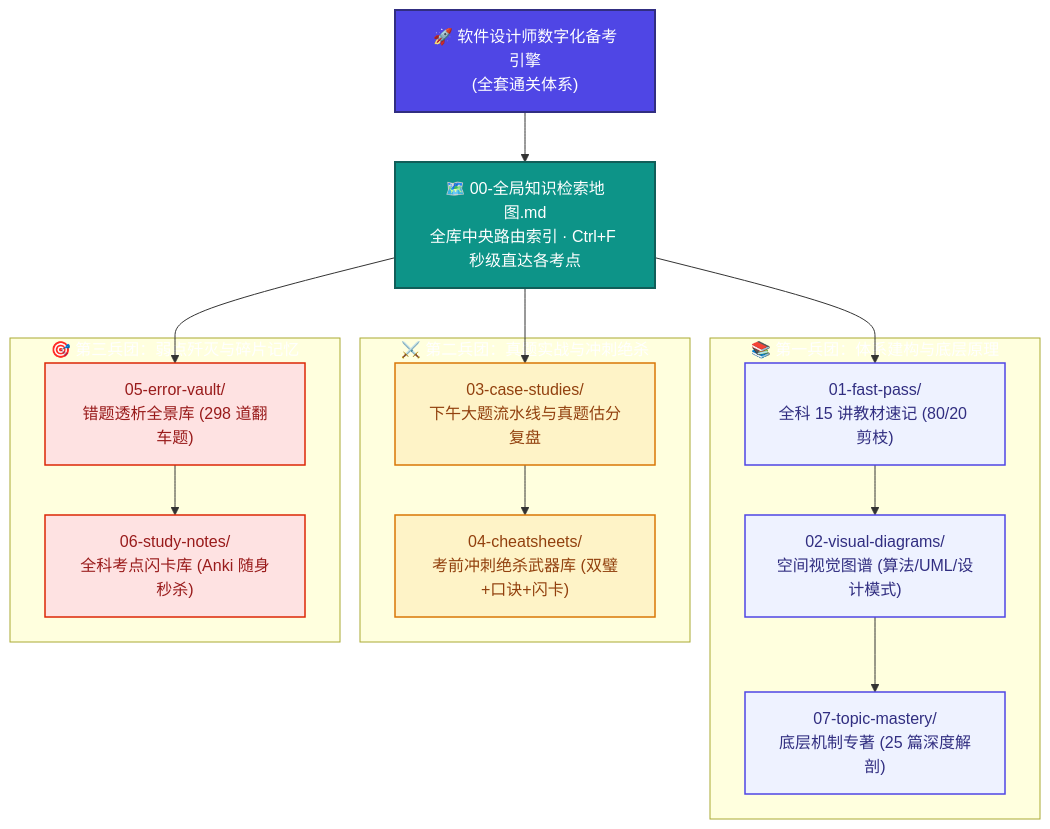
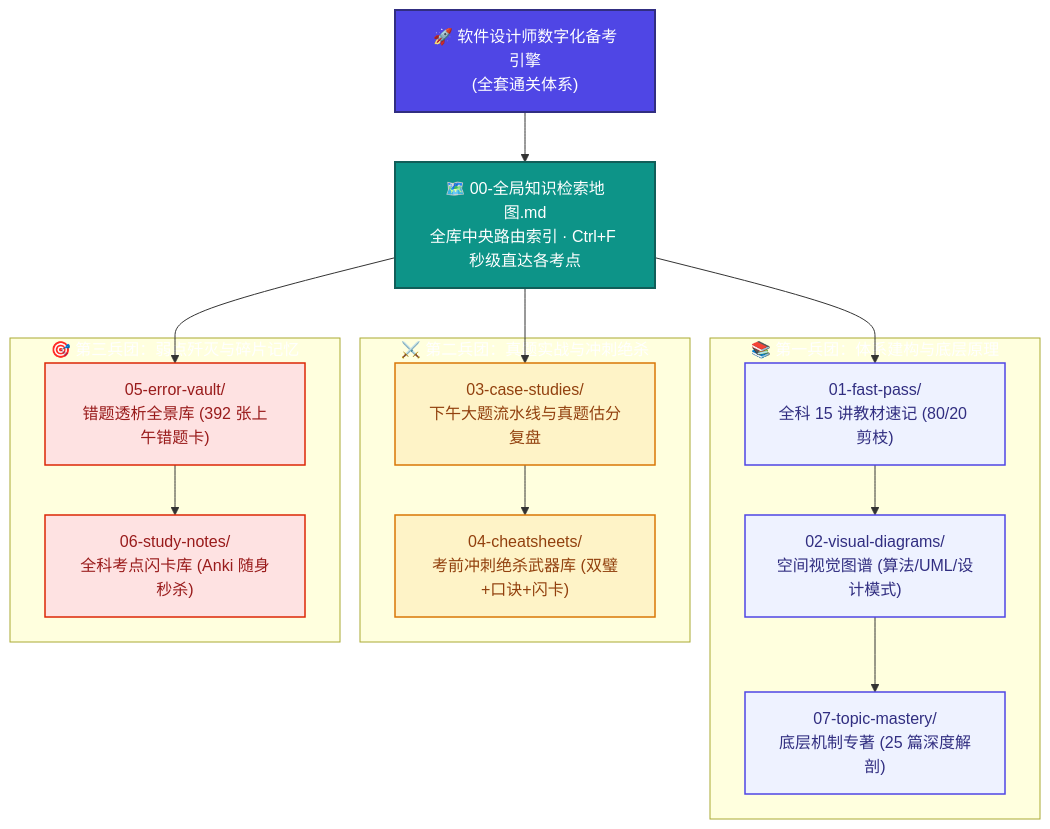
Before and after one commit to cpsa3/software-designer-fast-pass: the diagram in README.md, drawn with Mermaid. The commit also changed other lines of this file and 22 other files, not shown here.

````diff
--- a/README.md
+++ b/README.md
@@ -70,36 +70,36 @@
 ```mermaid
 flowchart TD
     classDef root fill:#4F46E5,stroke:#312E81,stroke-width:2px,color:#fff
     classDef hub fill:#0D9488,stroke:#115E59,stroke-width:2px,color:#fff
     classDef base fill:#EEF2FF,stroke:#4F46E5,stroke-width:1.5px,color:#312E81
     classDef exam fill:#FEF3C7,stroke:#D97706,stroke-width:1.5px,color:#92400E
     classDef vault fill:#FEE2E2,stroke:#DC2706,stroke-width:1.5px,color:#991B1B
 
     Root["🚀 软件设计师数字化备考引擎<br>(全套通关体系)"]:::root
     Map["🗺️ 00-全局知识检索地图.md<br>全库中央路由索引 · Ctrl+F 秒级直达各考点"]:::hub
 
     Root --> Map
 
     subgraph G1["📚 第一兵团：体系建构与底层原理"]
         M1["01-fast-pass/<br>全科 15 讲教材速记 (80/20 剪枝)"]:::base
         M2["02-visual-diagrams/<br>空间视觉图谱 (算法/UML/设计模式)"]:::base
         M7["07-topic-mastery/<br>底层机制专著 (25 篇深度解剖)"]:::base
         M1 --> M2 --> M7
     end
 
     subgraph G2["⚔️ 第二兵团：真题实战与冲刺绝杀"]
         M3["03-case-studies/<br>下午大题流水线与真题估分复盘"]:::exam
         M4["04-cheatsheets/<br>考前冲刺绝杀武器库 (双璧+口诀+闪卡)"]:::exam
         M3 --> M4
     end
 
     subgraph G3["🎯 第三兵团：弱点歼灭与碎片记忆"]
-        M5["05-error-vault/<br>错题透析全景库 (298 道翻车题)"]:::vault
+        M5["05-error-vault/<br>错题透析全景库 (392 张上午错题卡)"]:::vault
         M6["06-study-notes/<br>全科考点闪卡库 (Anki 随身秒杀)"]:::vault
         M5 --> M6
     end
 
     Map --> M1
     Map --> M3
     Map --> M5
 ```
````
